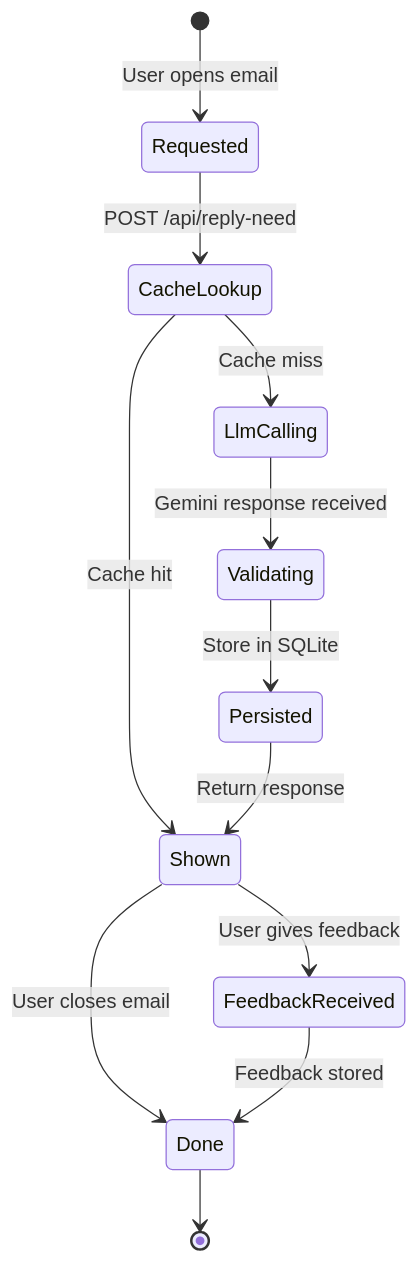
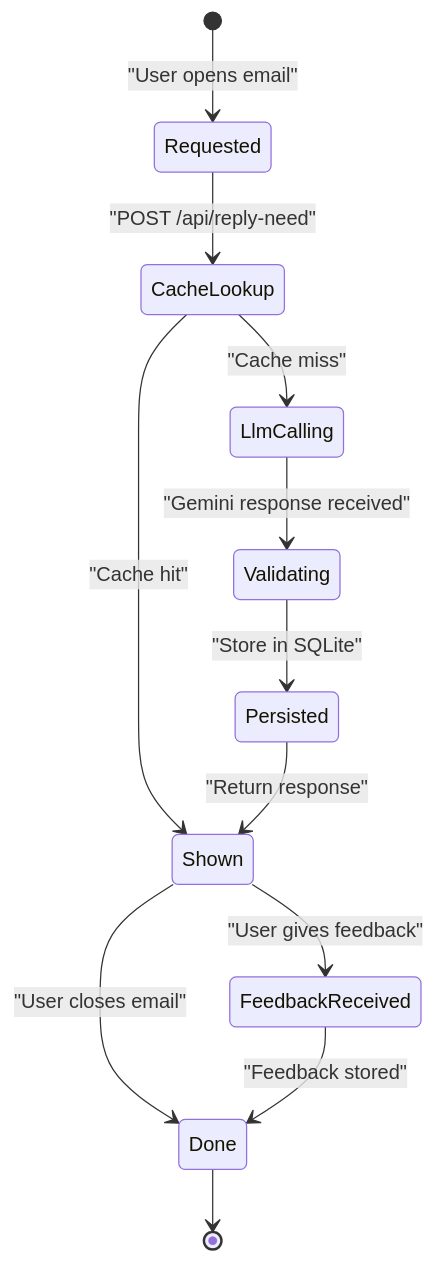
The third of 4 diagrams in dev_spec_doc/dev_spec_doc3_new.md (XunSong02/OutlookPlus), drawn with Mermaid before and after one commit. The commit also changed other lines of this file, not shown here.

````diff
--- a/dev_spec_doc/dev_spec_doc3_new.md
+++ b/dev_spec_doc/dev_spec_doc3_new.md
@@ -433,14 +433,14 @@
 ```mermaid
 stateDiagram-v2
-  [*] --> Requested: User opens email
-  Requested --> CacheLookup: POST /api/reply-need
-  CacheLookup --> Shown: Cache hit
-  CacheLookup --> LlmCalling: Cache miss
-  LlmCalling --> Validating: Gemini response received
-  Validating --> Persisted: Store in SQLite
-  Persisted --> Shown: Return response
-  Shown --> FeedbackReceived: User gives feedback
-  Shown --> Done: User closes email
-  FeedbackReceived --> Done: Feedback stored
+  [*] --> Requested: "User opens email"
+  Requested --> CacheLookup: "POST /api/reply-need"
+  CacheLookup --> Shown: "Cache hit"
+  CacheLookup --> LlmCalling: "Cache miss"
+  LlmCalling --> Validating: "Gemini response received"
+  Validating --> Persisted: "Store in SQLite"
+  Persisted --> Shown: "Return response"
+  Shown --> FeedbackReceived: "User gives feedback"
+  Shown --> Done: "User closes email"
+  FeedbackReceived --> Done: "Feedback stored"
   Done --> [*]
 ```
````
